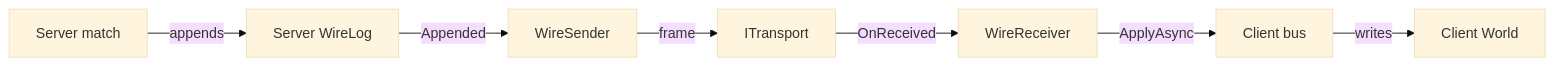
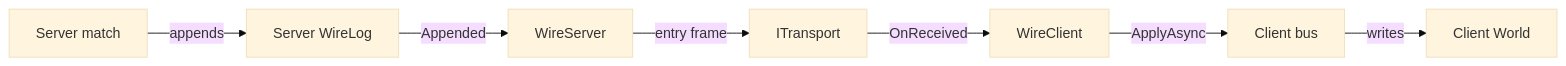
The first of 2 diagrams in Base/docs/peers.md (MgCohen/Card-Framework), drawn with Mermaid (base theme) before and after one commit. The commit also changed other lines of this file and 3 other files, not shown here.

````diff
--- a/Base/docs/peers.md
+++ b/Base/docs/peers.md
@@ -7,9 +7,9 @@
 ```mermaid
 flowchart LR
     S[Server match] -->|appends| L[Server WireLog]
-    L -->|Appended| WS[WireSender]
-    WS -->|frame| T[ITransport]
-    T -->|OnReceived| WR[WireReceiver]
-    WR -->|ApplyAsync| B[Client bus]
+    L -->|Appended| WS[WireServer]
+    WS -->|entry frame| T[ITransport]
+    T -->|OnReceived| WC[WireClient]
+    WC -->|ApplyAsync| B[Client bus]
     B -->|writes| W[Client World]
 ```
````
